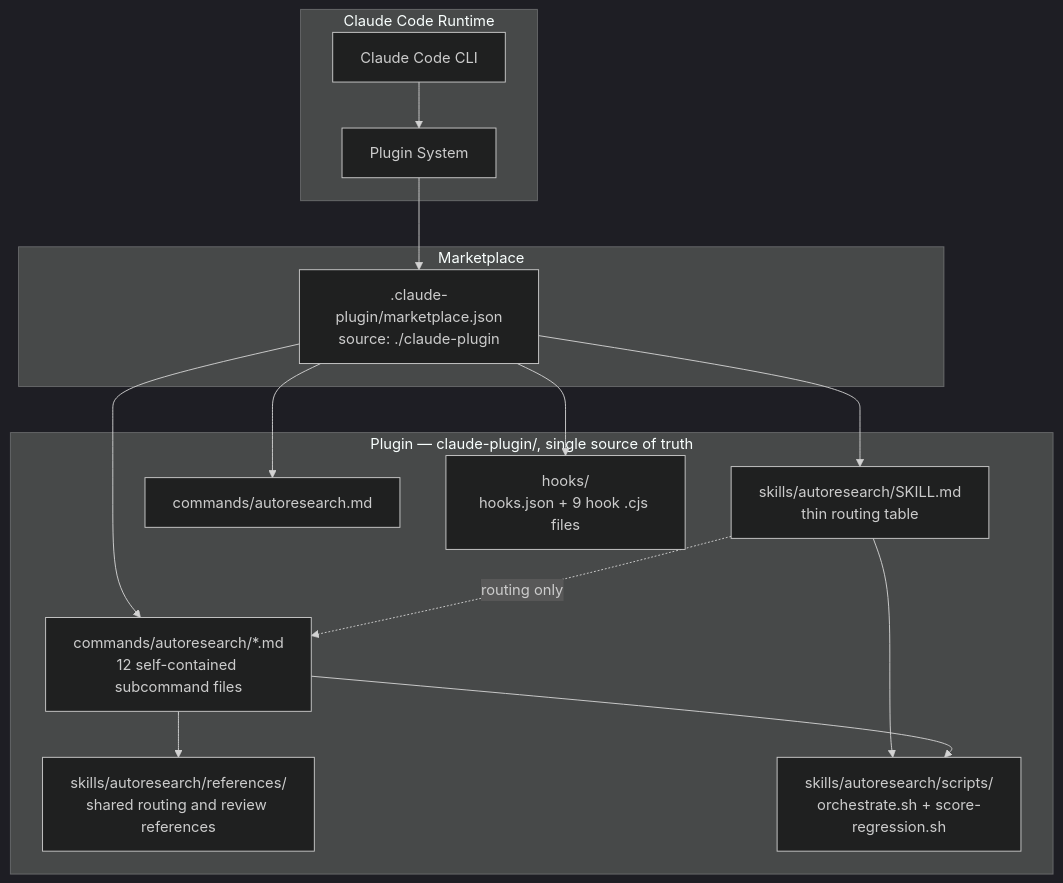
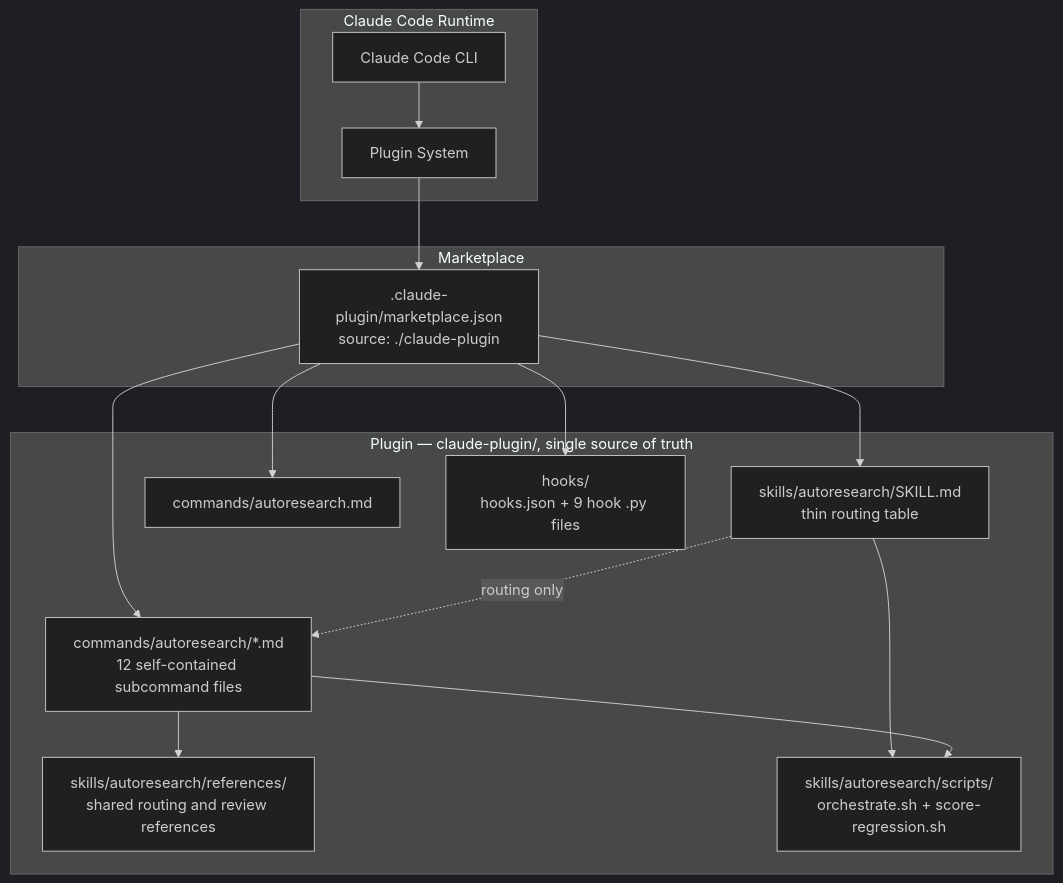
Before and after one commit to YanjenChen/loopkit: the first of 3 diagrams in docs/system-architecture.md, drawn with Mermaid (dark theme). The commit also changed other lines of this file and 37 other files, not shown here.

First line of the commit message:
refactor: port hooks and orchestrator JSON checks from Node.js to Python

````diff
--- a/docs/system-architecture.md
+++ b/docs/system-architecture.md
@@ -15,26 +15,26 @@
 ```mermaid
 graph TB
     subgraph "Claude Code Runtime"
         CC[Claude Code CLI]
         PS[Plugin System]
     end
 
     subgraph "Marketplace"
         MKT[.claude-plugin/marketplace.json\nsource: ./claude-plugin]
     end
 
     subgraph "Plugin — claude-plugin/, single source of truth"
         SKILL[skills/autoresearch/SKILL.md\nthin routing table]
         CMD[commands/autoresearch.md]
         CMDS[commands/autoresearch/*.md\n12 self-contained subcommand files]
         REF[skills/autoresearch/references/\nshared routing and review references]
         RT[skills/autoresearch/scripts/\norchestrate.sh + score-regression.sh]
-        HK[hooks/\nhooks.json + 9 hook .cjs files]
+        HK[hooks/\nhooks.json + 9 hook .py files]
     end
 
     CC --> PS --> MKT
     MKT --> SKILL & CMD & CMDS & HK
     SKILL -.routing only.-> CMDS
     CMDS --> REF
     SKILL & CMDS --> RT
 ```
````
